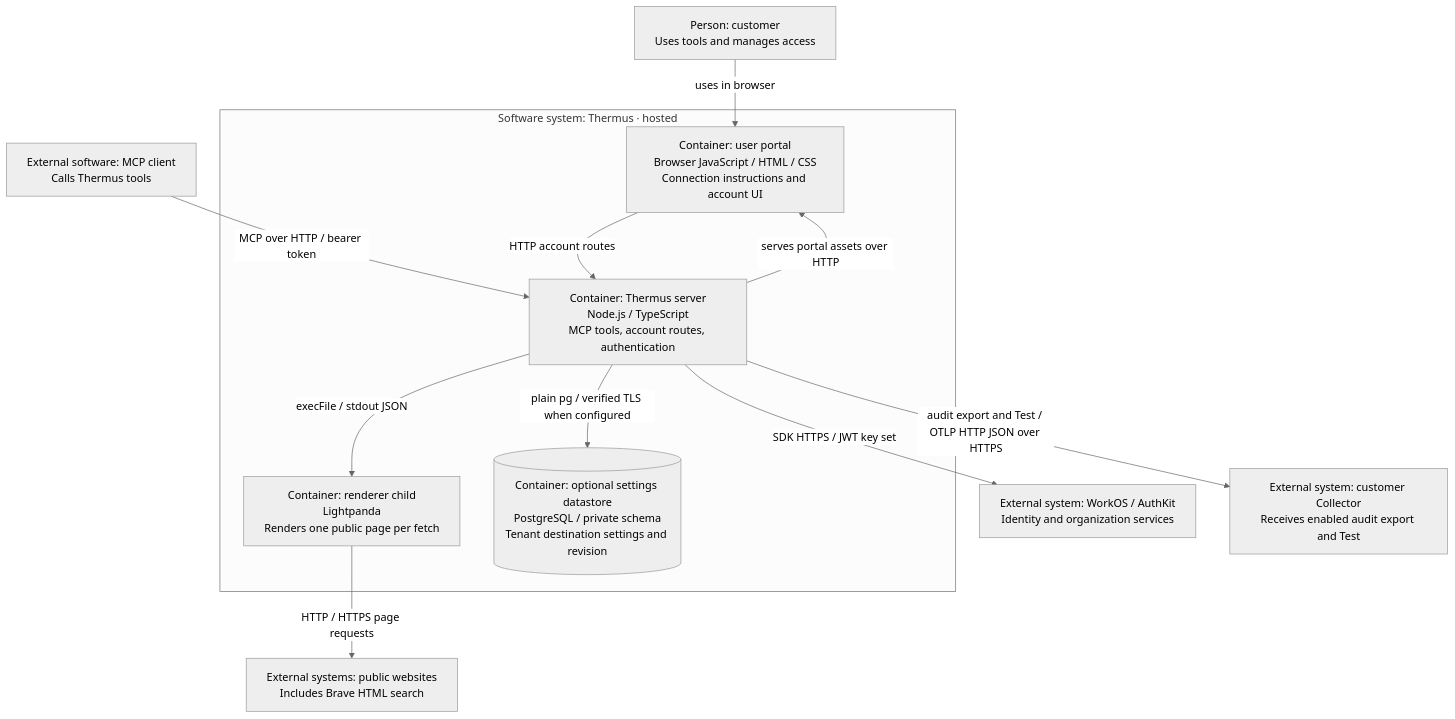
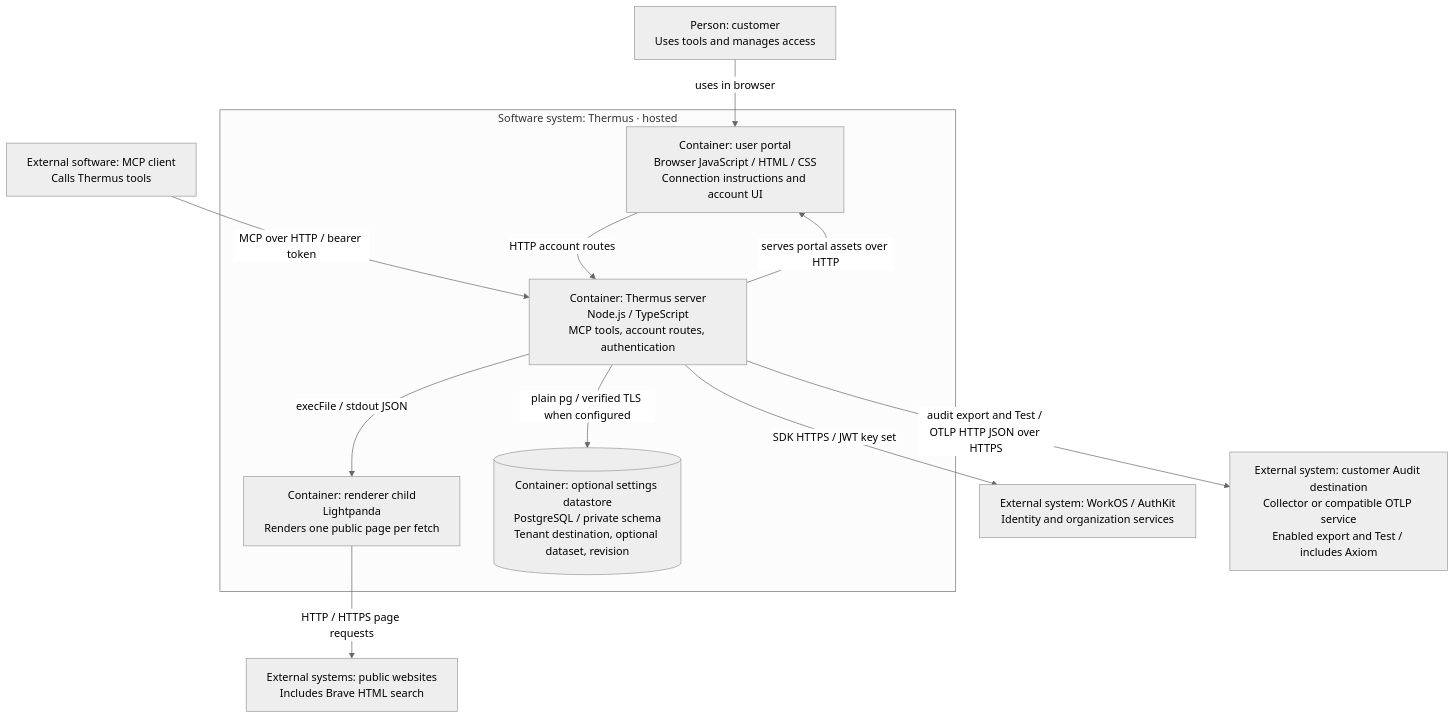
Before and after one commit to tomer-mayara/Thermus: the second of 13 diagrams in architecture/components.md, drawn with Mermaid (neutral theme). The commit also changed other lines of this file and 57 other files, not shown here.

Commit message:
Add direct Axiom Audit destinations and prepare rollout notices

````diff
--- a/architecture/components.md
+++ b/architecture/components.md
@@ -57,24 +57,24 @@
 ```mermaid
 %%{init: {"flowchart": {"wrappingWidth": 260}}}%%
 flowchart TB
   hosted_user["Person: customer<br/>Uses tools and manages access"]
   hosted_client["External software: MCP client<br/>Calls Thermus tools"]
   subgraph hosted_system["Software system: Thermus · hosted"]
     hosted_portal["Container: user portal<br/>Browser JavaScript / HTML / CSS<br/>Connection instructions and account UI"]
     hosted_server["Container: Thermus server<br/>Node.js / TypeScript<br/>MCP tools, account routes, authentication"]
     hosted_renderer["Container: renderer child<br/>Lightpanda<br/>Renders one public page per fetch"]
-    hosted_settings[("Container: optional settings datastore<br/>PostgreSQL / private schema<br/>Tenant destination settings and revision")]
+    hosted_settings[("Container: optional settings datastore<br/>PostgreSQL / private schema<br/>Tenant destination, optional dataset, revision")]
   end
   hosted_workos["External system: WorkOS / AuthKit<br/>Identity and organization services"]
   hosted_public["External systems: public websites<br/>Includes Brave HTML search"]
-  hosted_collector["External system: customer Collector<br/>Receives enabled audit export and Test"]
+  hosted_collector["External system: customer Audit destination<br/>Collector or compatible OTLP service<br/>Enabled export and Test / includes Axiom"]
   hosted_user -->|uses in browser| hosted_portal
   hosted_client -->|MCP over HTTP / bearer token| hosted_server
   hosted_portal -->|HTTP account routes| hosted_server
   hosted_server -->|serves portal assets over HTTP| hosted_portal
   hosted_server -->|SDK HTTPS / JWT key set| hosted_workos
   hosted_server -->|plain pg / verified TLS when configured| hosted_settings
   hosted_server -->|audit export and Test / OTLP HTTP JSON over HTTPS| hosted_collector
   hosted_server -->|execFile / stdout JSON| hosted_renderer
   hosted_renderer -->|HTTP / HTTPS page requests| hosted_public
 ```
````
